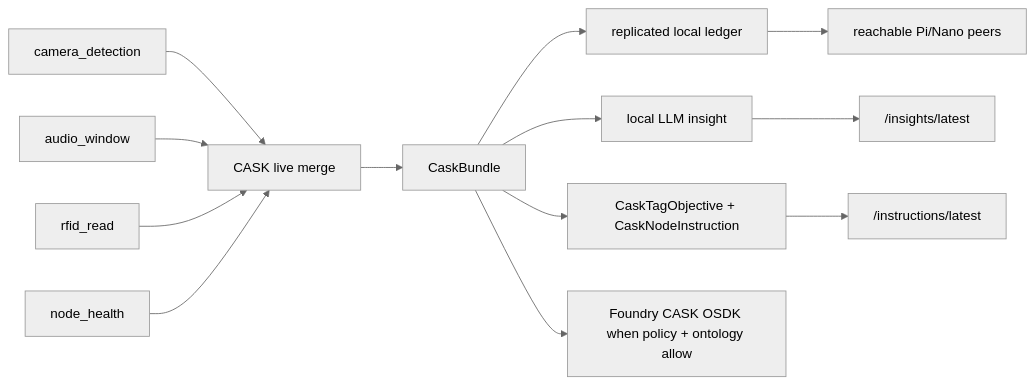
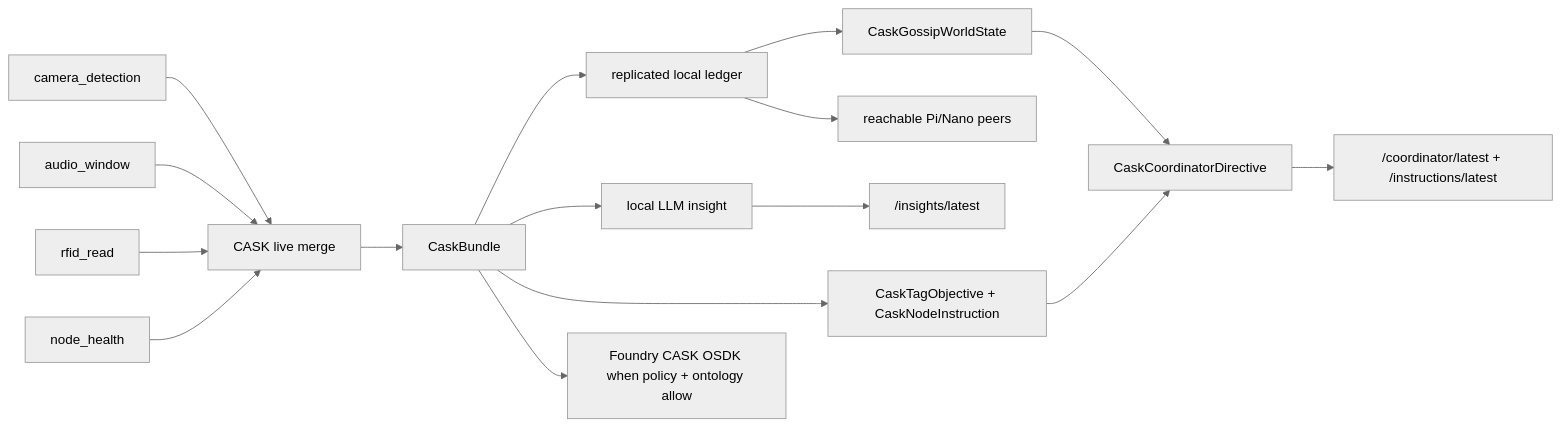
The diagram in docs/cask-ontology-approach.md (digitalnomd/altiair), drawn with Mermaid (neutral theme) before and after one commit. The commit also changed other lines of this file and 17 other files, not shown here.

Commit message:
Add CASK gossip coordinator flow

````diff
--- a/docs/cask-ontology-approach.md
+++ b/docs/cask-ontology-approach.md
@@ -49,15 +53,18 @@
 ```mermaid
 flowchart LR
   Camera["camera_detection"] --> Merge["CASK live merge"]
   Mic["audio_window"] --> Merge
   RFID["rfid_read"] --> Merge
   Health["node_health"] --> Merge
   Merge --> Bundle["CaskBundle"]
   Bundle --> Ledger["replicated local ledger"]
   Bundle --> LLM["local LLM insight"]
   Bundle --> Tag["CaskTagObjective + CaskNodeInstruction"]
+  Ledger --> Gossip["CaskGossipWorldState"]
+  Gossip --> Coordinator["CaskCoordinatorDirective"]
+  Tag --> Coordinator
   Ledger --> Peers["reachable Pi/Nano peers"]
   LLM --> Display["/insights/latest"]
-  Tag --> Display2["/instructions/latest"]
+  Coordinator --> Display2["/coordinator/latest + /instructions/latest"]
   Bundle --> Foundry["Foundry CASK OSDK when policy + ontology allow"]
 ```
````
